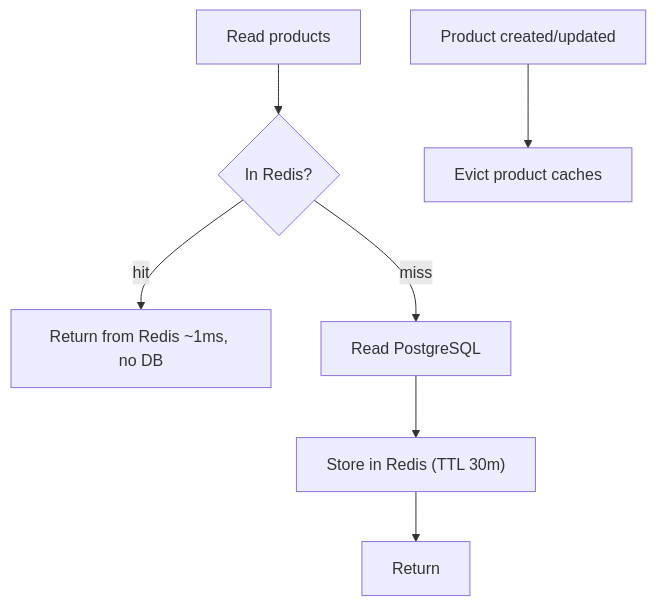
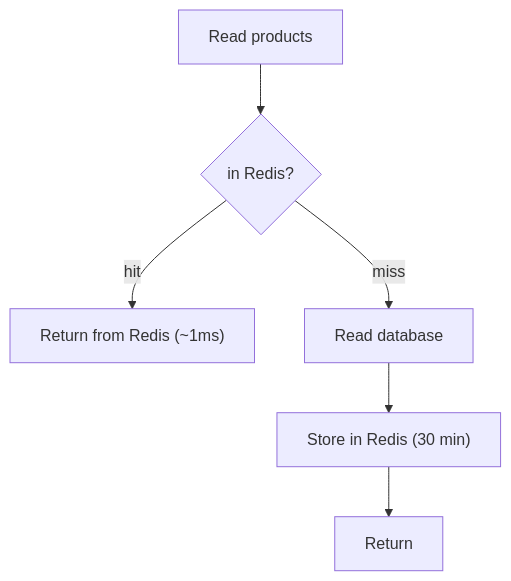
Before and after one commit to sankha-patra/Ebusiness-Platform: the eighth of 10 diagrams in STUDY_GUIDE.md, drawn with Mermaid. The commit also changed other lines of this file, not shown here.

First line of the commit message:
Rewrite study guide into phase-based flows with simpler diagrams

````diff
--- a/STUDY_GUIDE.md
+++ b/STUDY_GUIDE.md
@@ -327,9 +222,8 @@
 ```mermaid
 flowchart TD
-    R["Read products"] --> H{"In Redis?"}
-    H -->|hit| FAST["Return from Redis ~1ms, no DB"]
-    H -->|miss| DBR["Read PostgreSQL"]
-    DBR --> FILL["Store in Redis (TTL 30m)"]
-    FILL --> RET["Return"]
-    W["Product created/updated"] --> EV["Evict product caches"]
+    A["Read products"] --> B{"in Redis?"}
+    B -->|hit| C["Return from Redis (~1ms)"]
+    B -->|miss| D["Read database"]
+    D --> E["Store in Redis (30 min)"]
+    E --> F["Return"]
 ```
````
